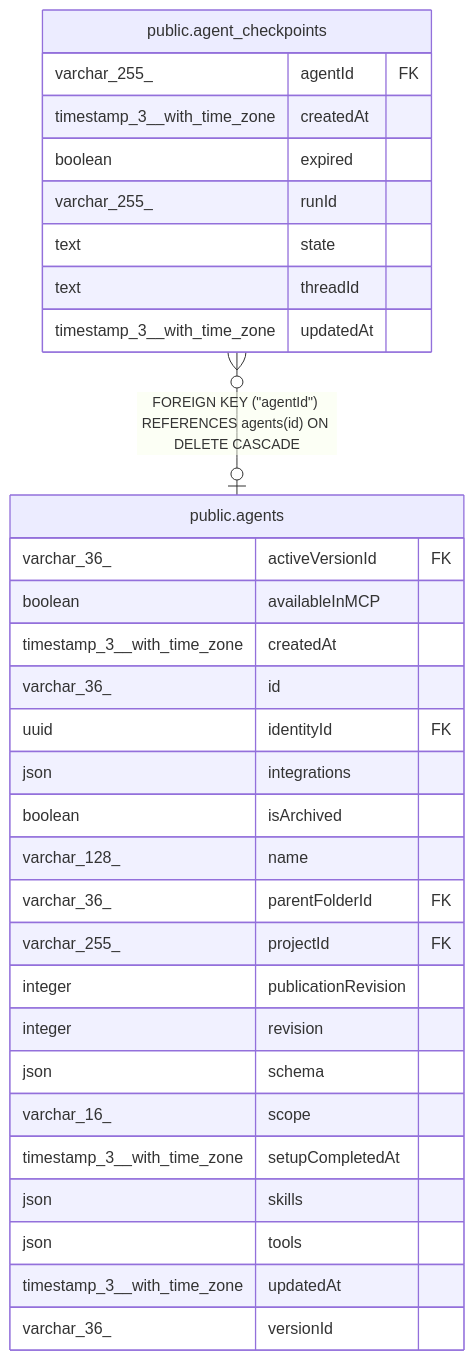
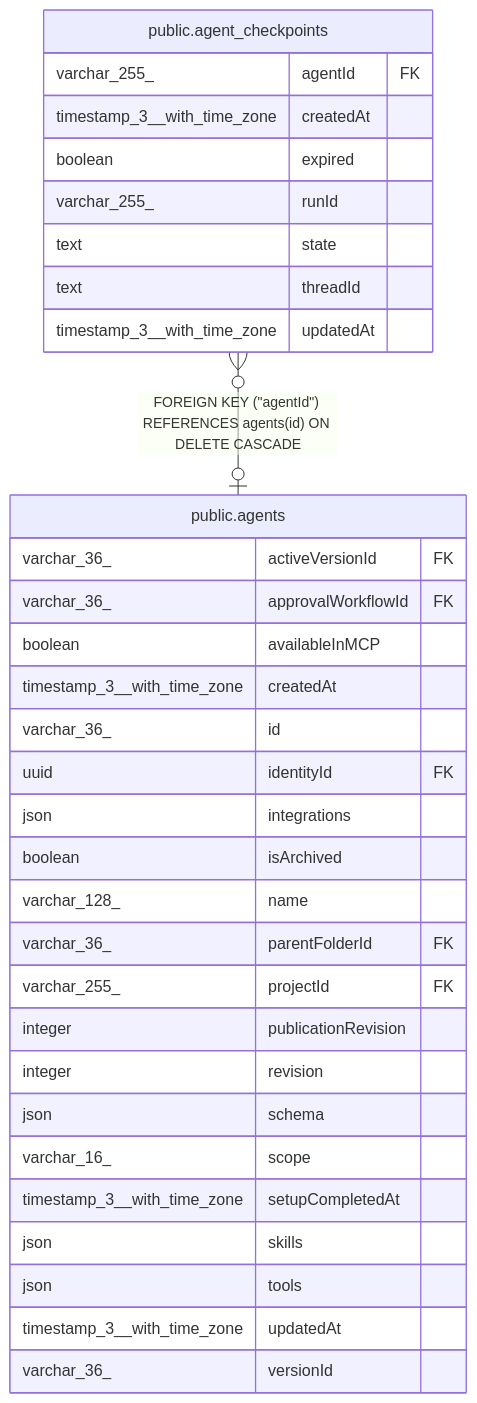
Before and after one commit to koreatest12/studys: the diagram in n8n_integration/n8n_source/docs/generated/postgres-schema/public.agent_checkpoints.md, drawn with Mermaid. The commit also changed 1045 other files, not shown here.

````diff
--- a/n8n_integration/n8n_source/docs/generated/postgres-schema/public.agent_checkpoints.md
+++ b/n8n_integration/n8n_source/docs/generated/postgres-schema/public.agent_checkpoints.md
@@ -37,36 +37,37 @@
 ```mermaid
 erDiagram
 
 "public.agent_checkpoints" }o--o| "public.agents" : "FOREIGN KEY (#quot;agentId#quot;) REFERENCES agents(id) ON DELETE CASCADE"
 
 "public.agent_checkpoints" {
   varchar_255_ agentId FK
   timestamp_3__with_time_zone createdAt
   boolean expired
   varchar_255_ runId
   text state
   text threadId
   timestamp_3__with_time_zone updatedAt
 }
 "public.agents" {
   varchar_36_ activeVersionId FK
+  varchar_36_ approvalWorkflowId FK
   boolean availableInMCP
   timestamp_3__with_time_zone createdAt
   varchar_36_ id
   uuid identityId FK
   json integrations
   boolean isArchived
   varchar_128_ name
   varchar_36_ parentFolderId FK
   varchar_255_ projectId FK
   integer publicationRevision
   integer revision
   json schema
   varchar_16_ scope
   timestamp_3__with_time_zone setupCompletedAt
   json skills
   json tools
   timestamp_3__with_time_zone updatedAt
   varchar_36_ versionId
 }
 ```
````
